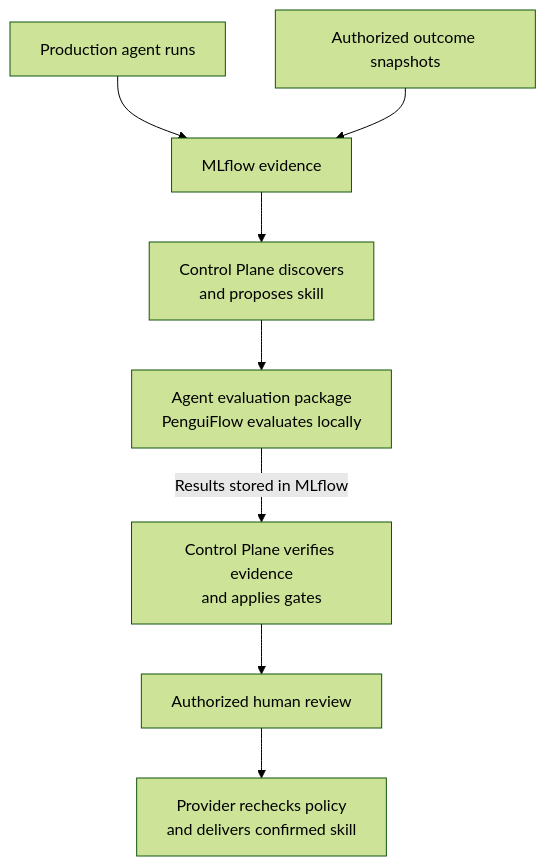
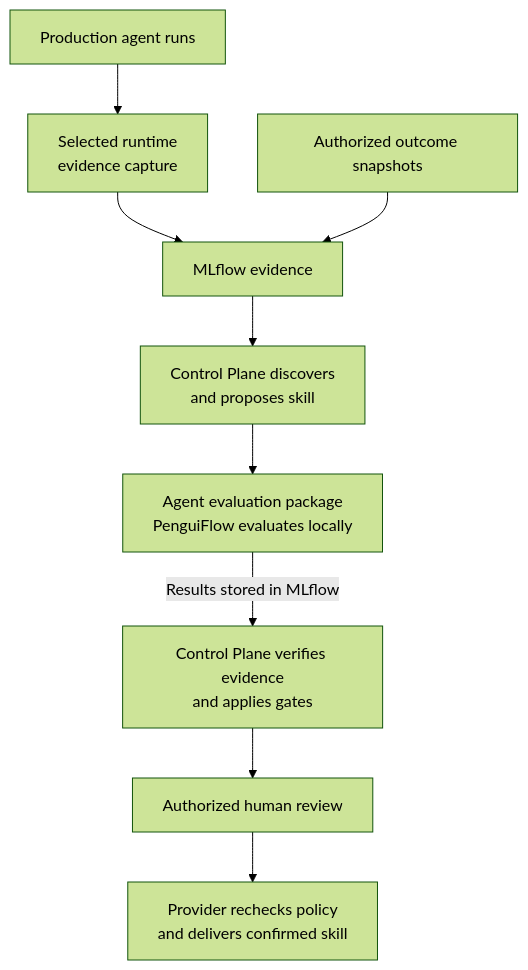
The second of 4 diagrams in docs/proposals/mlflow-learning-control-plane/README.md (GMartin-dev/penguiflow), drawn with Mermaid (forest theme) before and after one commit. The commit also changed other lines of this file and 3 other files, not shown here.

````diff
--- a/docs/proposals/mlflow-learning-control-plane/README.md
+++ b/docs/proposals/mlflow-learning-control-plane/README.md
@@ -38,19 +40,21 @@
 ```mermaid
 flowchart TB
     A[Production agent runs]
+    R[Selected runtime<br/>evidence capture]
     O[Authorized outcome snapshots]
     M[MLflow evidence]
     C[Control Plane discovers<br/>and proposes skill]
     E[Agent evaluation package<br/>PenguiFlow evaluates locally]
     G[Control Plane verifies evidence<br/>and applies gates]
     H[Authorized human review]
     D[Provider rechecks policy<br/>and delivers confirmed skill]
 
-    A --> M
+    A --> R
+    R --> M
     O --> M
     M --> C
     C --> E
     E -->|Results stored in MLflow| G
     G --> H
     H --> D
 ```
````
